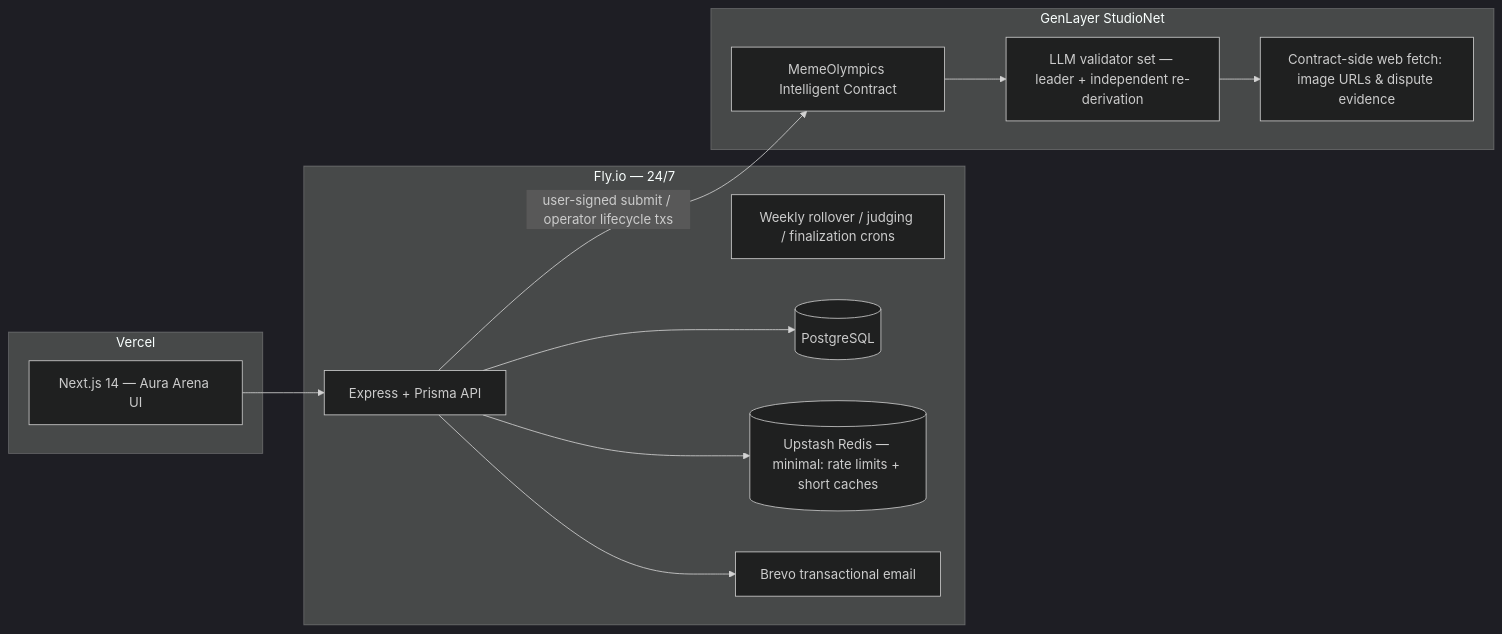
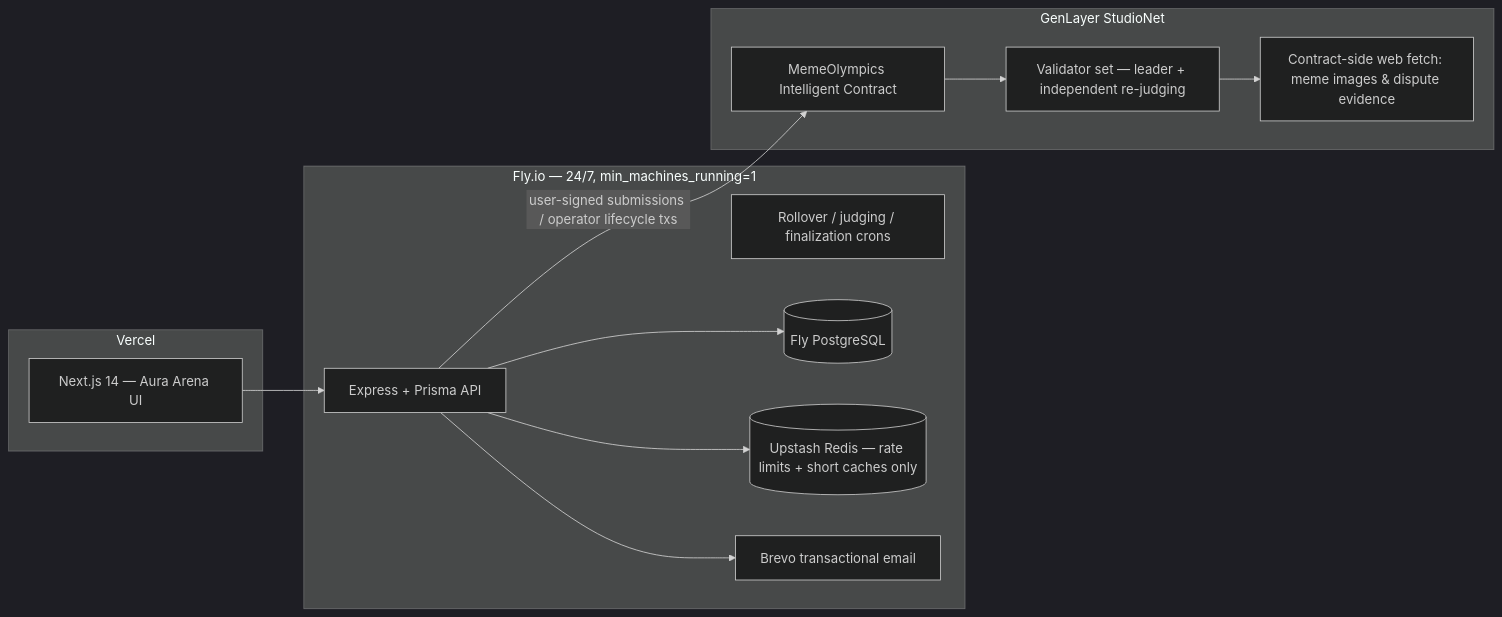
One commit to zoefunds/Meme-olympics changed the first of 2 diagrams in README.md. Above: the diagram before and after it, drawn with Mermaid (dark theme). The commit also changed other lines of this file and 4 other files, not shown here.

````diff
--- a/README.md
+++ b/README.md
@@ -30,25 +34,22 @@
 ```mermaid
 flowchart LR
   subgraph Client [Vercel]
     FE[Next.js 14 — Aura Arena UI]
   end
-  subgraph API [Fly.io — 24/7]
+  subgraph API [Fly.io — 24/7, min_machines_running=1]
     BE[Express + Prisma API]
-    CRON[Weekly rollover / judging / finalization crons]
-    PG[(PostgreSQL)]
-    RD[(Upstash Redis — minimal: rate limits + short caches)]
+    CRON[Rollover / judging / finalization crons]
+    PG[(Fly PostgreSQL)]
+    RD[(Upstash Redis — rate limits + short caches only)]
     BREVO[Brevo transactional email]
   end
   subgraph Chain [GenLayer StudioNet]
     IC[MemeOlympics Intelligent Contract]
-    VAL[LLM validator set — leader + independent re-derivation]
-    WEB[Contract-side web fetch: image URLs & dispute evidence]
+    VAL[Validator set — leader + independent re-judging]
+    WEB[Contract-side web fetch: meme images & dispute evidence]
   end
   FE --> BE
-  BE --> PG
-  BE --> RD
-  BE --> BREVO
-  BE -- user-signed submit / operator lifecycle txs --> IC
-  IC --> VAL
-  VAL --> WEB
+  BE --> PG & RD & BREVO
+  BE -- user-signed submissions / operator lifecycle txs --> IC
+  IC --> VAL --> WEB
 ```
````
